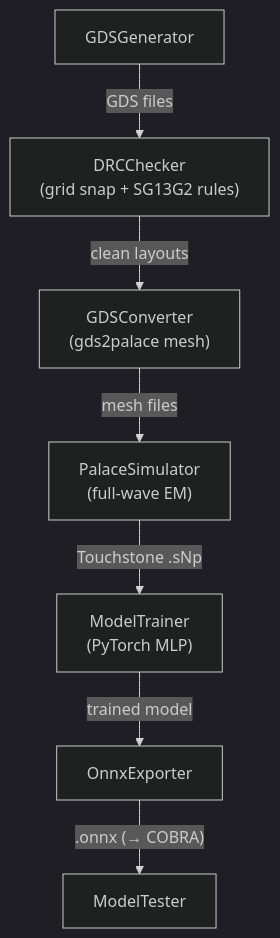
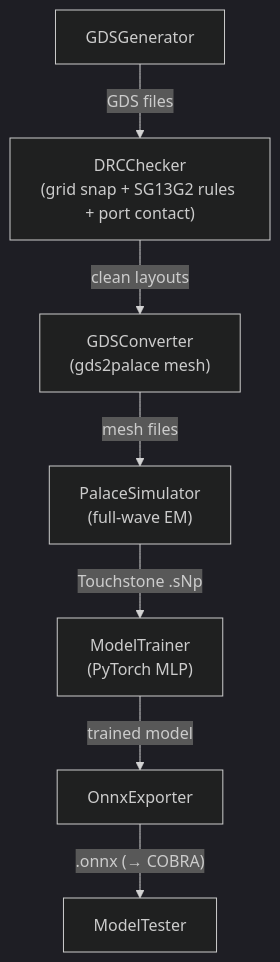
One commit to DI-PASSIONATE/ORCA changed the diagram in docs/pipeline.md. Above: the diagram before and after it, drawn with Mermaid (dark theme). The commit also changed other lines of this file and 4 other files, not shown here.

````diff
--- a/docs/pipeline.md
+++ b/docs/pipeline.md
@@ -14,9 +14,9 @@
 ```mermaid
 flowchart TB
-    A[GDSGenerator] -- GDS files --> X["DRCChecker<br/>(grid snap + SG13G2 rules)"]
+    A[GDSGenerator] -- GDS files --> X["DRCChecker<br/>(grid snap + SG13G2 rules + port contact)"]
     X -- clean layouts --> B["GDSConverter<br/>(gds2palace mesh)"]
     B -- mesh files --> C["PalaceSimulator<br/>(full-wave EM)"]
     C -- "Touchstone .sNp" --> D["ModelTrainer<br/>(PyTorch MLP)"]
     D -- trained model --> E[OnnxExporter]
     E -- ".onnx (→ COBRA)" --> F[ModelTester]
 ```
````
